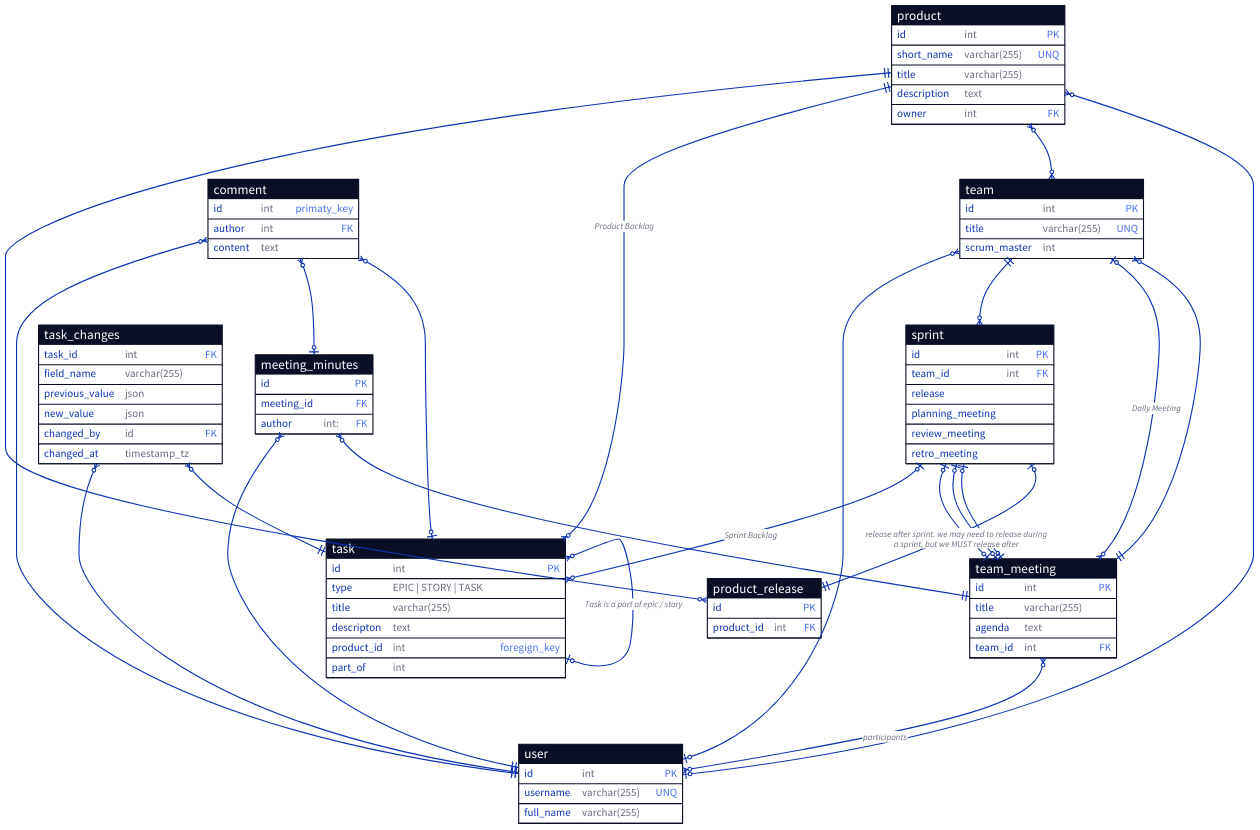
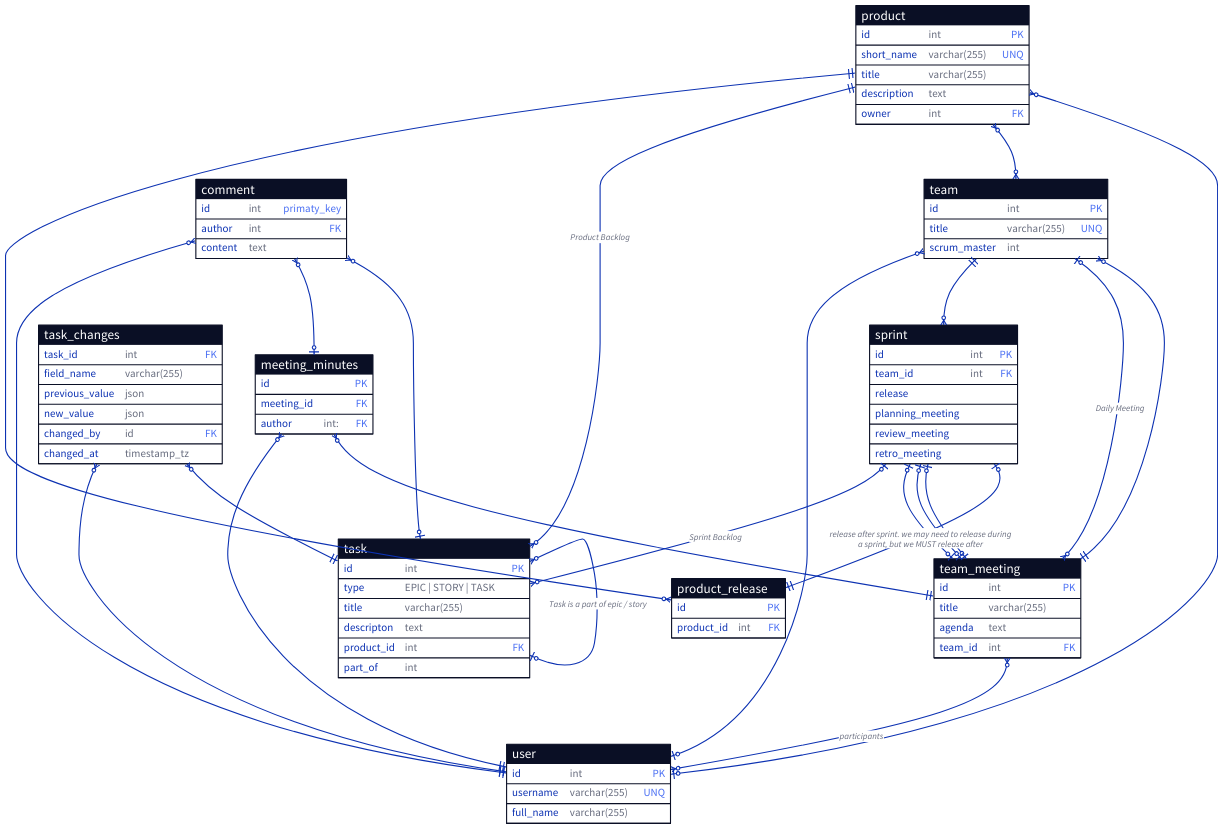
One commit to forafox/Zadachnik changed the diagram in docs/infological.d2. Above: the diagram before and after it, drawn with D2.

Commit message:
fix foreign key typo

```diff
--- a/docs/infological.d2
+++ b/docs/infological.d2
@@ -217,7 +217,7 @@
   type: EPIC | STORY | TASK
   title: varchar(255)
   descripton: text
-  product_id: int {constraint: foregign_key}
+  product_id: int {constraint: foreign_key}
   part_of: int
 }
 
```
